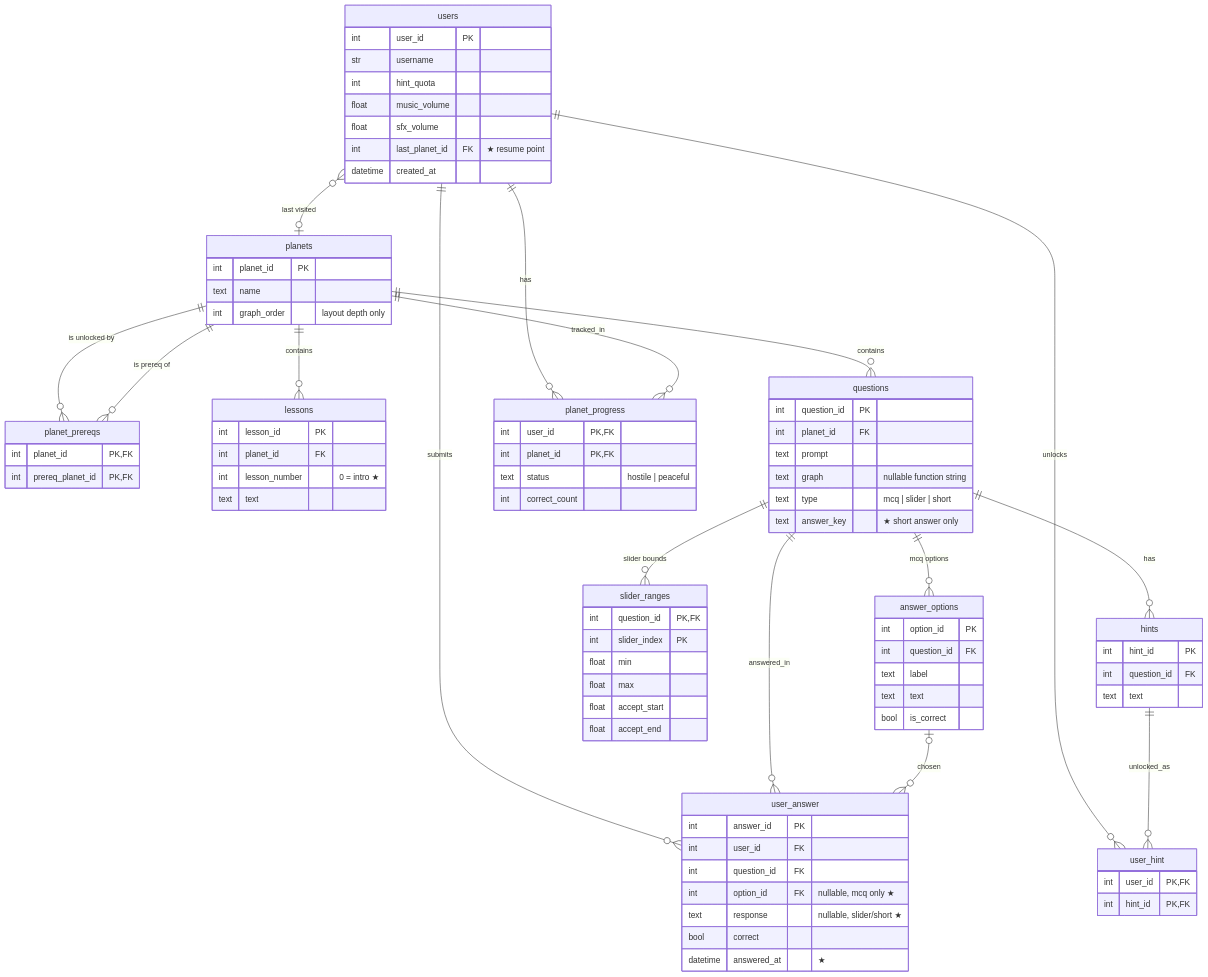
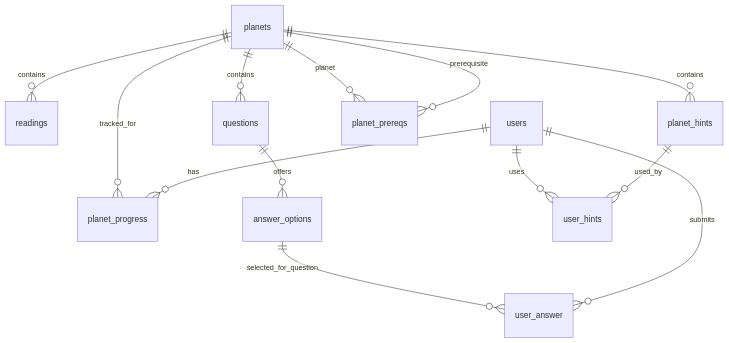
Before and after one commit to jsmanchanda/Graphalaxy---Team-10: the third of 3 diagrams in DOCUMENTATION/PROJECT_ARCHITECTURE.md, drawn with Mermaid. The commit also changed other lines of this file and 2 other files, not shown here.

Commit message:
docs: updated architecture, question manager and dev guide files to match current implementation

````diff
--- a/DOCUMENTATION/PROJECT_ARCHITECTURE.md
+++ b/DOCUMENTATION/PROJECT_ARCHITECTURE.md
@@ -494,92 +283,15 @@
 ```mermaid
 erDiagram
-  users {
-    int user_id PK
-    str username
-    int hint_quota
-    float music_volume
-    float sfx_volume
-    int last_planet_id FK "★ resume point"
-    datetime created_at
-  }
-  planets {
-    int planet_id PK
-    text name
-    int graph_order "layout depth only"
-  }
-  planet_prereqs {
-    int planet_id PK, FK
-    int prereq_planet_id PK, FK
-  }
-  lessons {
-    int lesson_id PK
-    int planet_id FK
-    int lesson_number "0 = intro ★"
-    text text
-  }
-  questions {
-    int question_id PK
-    int planet_id FK
-    text prompt
-    text graph "nullable function string"
-    text type "mcq | slider | short"
-    text answer_key "★ short answer only"
-  }
-  answer_options {
-    int option_id PK
-    int question_id FK
-    text label
-    text text
-    bool is_correct
-  }
-  slider_ranges {
-    int question_id PK, FK
-    int slider_index PK
-    float min
-    float max
-    float accept_start
-    float accept_end
-  }
-  hints {
-    int hint_id PK
-    int question_id FK
-    text text
-  }
-  user_hint {
-    int user_id PK, FK
-    int hint_id PK, FK
-  }
-  user_answer {
-    int answer_id PK
-    int user_id FK
-    int question_id FK
-    int option_id FK "nullable, mcq only ★"
-    text response "nullable, slider/short ★"
-    bool correct
-    datetime answered_at "★"
-  }
-  planet_progress {
-    int user_id PK, FK
-    int planet_id PK, FK
-    text status "hostile | peaceful"
-    int correct_count
-  }
-
+  planets ||--o{ readings : contains
+  planets ||--o{ questions : contains
+  planets ||--o{ planet_hints : contains
+  planets ||--o{ planet_prereqs : planet
+  planets ||--o{ planet_prereqs : prerequisite
+  planets ||--o{ planet_progress : tracked_for
+  questions ||--o{ answer_options : offers
+  answer_options ||--o{ user_answer : selected_for_question
   users ||--o{ user_answer : submits
   users ||--o{ planet_progress : has
-  users ||--o{ user_hint : unlocks
-  users }o--o| planets : "last visited"
-
-  planets ||--o{ lessons : contains
-  planets ||--o{ questions : contains
-  planets ||--o{ planet_prereqs : "is unlocked by"
-  planets ||--o{ planet_prereqs : "is prereq of"
-  planets ||--o{ planet_progress : tracked_in
-
-  questions ||--o{ answer_options : "mcq options"
-  questions ||--o{ slider_ranges : "slider bounds"
-  questions ||--o{ hints : has
-  questions ||--o{ user_answer : answered_in
-  answer_options |o--o{ user_answer : chosen
-  hints ||--o{ user_hint : unlocked_as
+  users ||--o{ user_hints : uses
+  planet_hints ||--o{ user_hints : used_by
 ```
````
